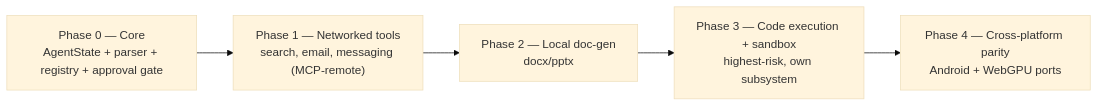
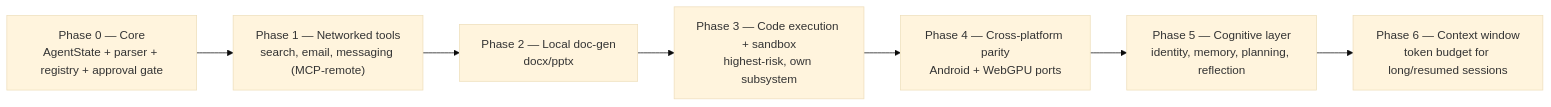
One commit to TLfarazghani/agent-core changed the second of 3 diagrams in docs/architecture.md. Above: the diagram before and after it, drawn with Mermaid (base theme). The commit also changed other lines of this file and 38 other files, not shown here.

First line of the commit message:
Phase 5 cognitive layer (identity/memory/planning/reflection) + Phase 6 context window + session UX

````diff
--- a/docs/architecture.md
+++ b/docs/architecture.md
@@ -45,4 +45,4 @@
 ```mermaid
 graph LR
-    P0["Phase 0 — Core<br/>AgentState + parser + registry + approval gate"] --> P1["Phase 1 — Networked tools<br/>search, email, messaging (MCP-remote)"] --> P2["Phase 2 — Local doc-gen<br/>docx/pptx"] --> P3["Phase 3 — Code execution + sandbox<br/>highest-risk, own subsystem"] --> P4["Phase 4 — Cross-platform parity<br/>Android + WebGPU ports"]
+    P0["Phase 0 — Core<br/>AgentState + parser + registry + approval gate"] --> P1["Phase 1 — Networked tools<br/>search, email, messaging (MCP-remote)"] --> P2["Phase 2 — Local doc-gen<br/>docx/pptx"] --> P3["Phase 3 — Code execution + sandbox<br/>highest-risk, own subsystem"] --> P4["Phase 4 — Cross-platform parity<br/>Android + WebGPU ports"] --> P5["Phase 5 — Cognitive layer<br/>identity, memory, planning, reflection"] --> P6["Phase 6 — Context window<br/>token budget for long/resumed sessions"]
 ```
````
